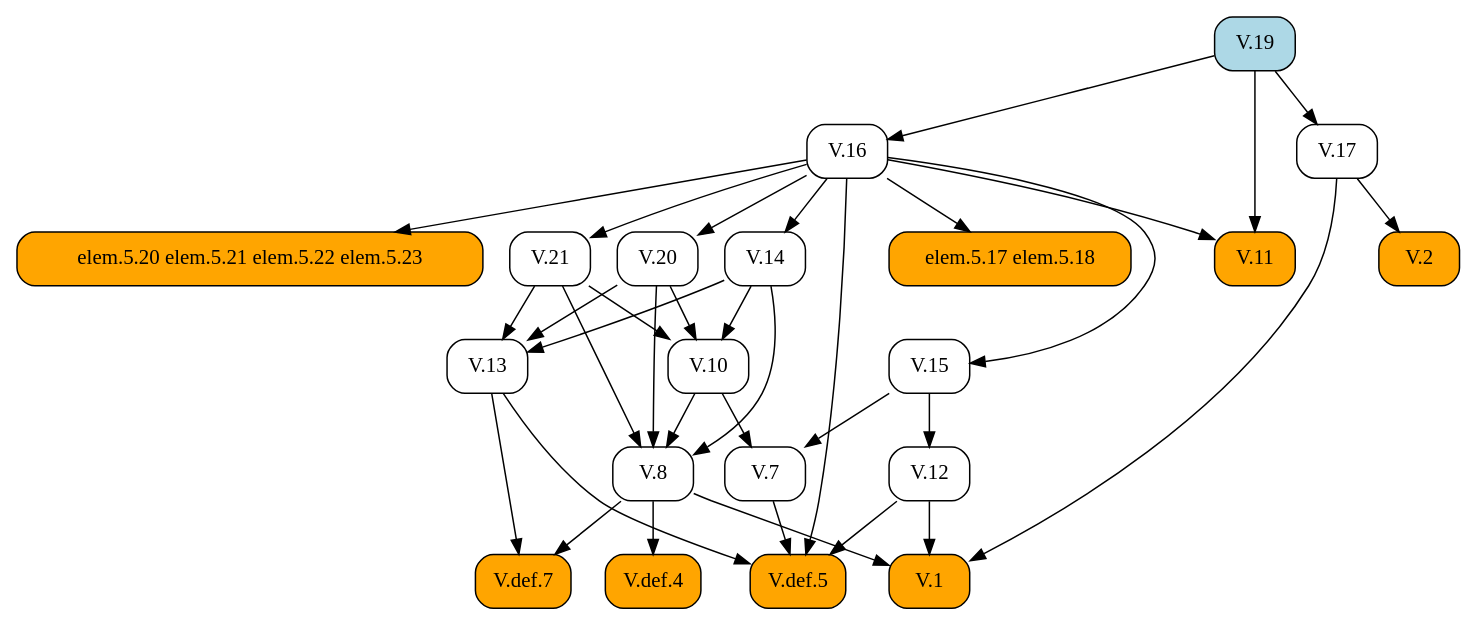
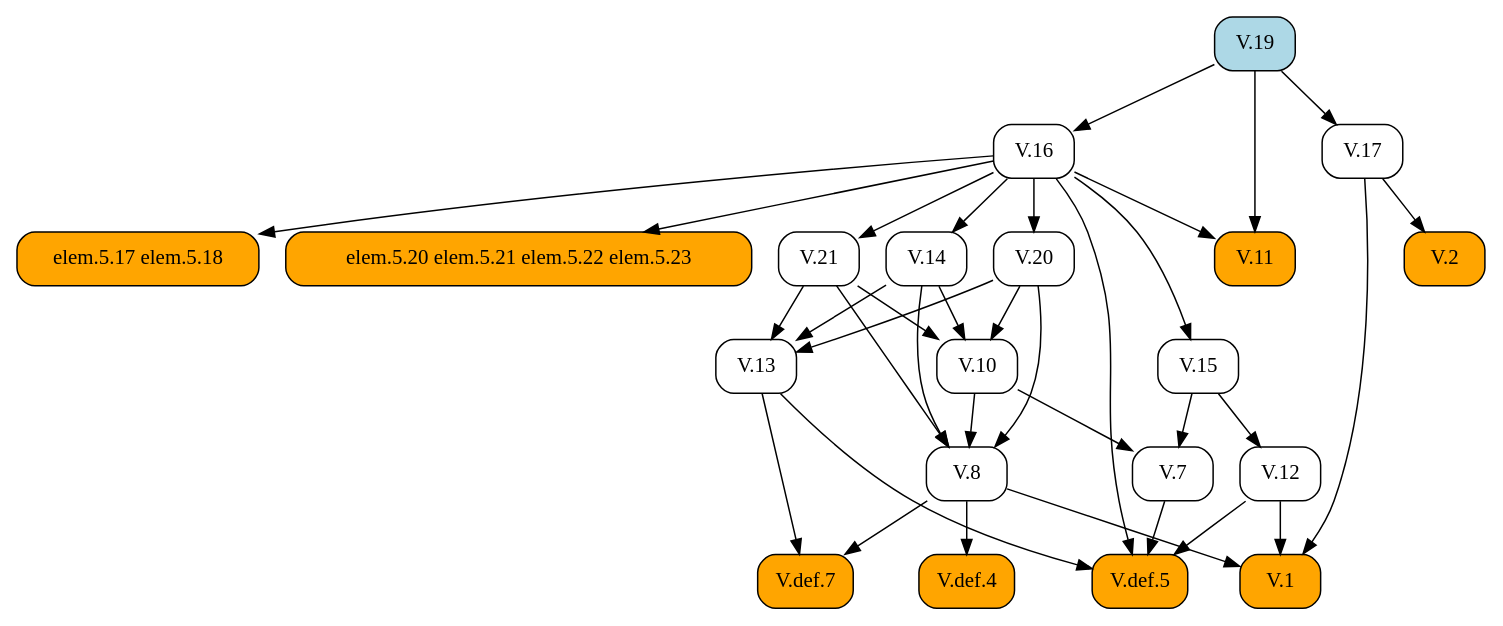
The diagram in docsrc/elements2/V/19/index.rst (geometor/elements), drawn with Graphviz before and after one commit. The commit also changed other lines of this file and 171 other files, not shown here.

```diff
--- a/docsrc/elements2/V/19/index.rst
+++ b/docsrc/elements2/V/19/index.rst
@@ -48,60 +48,60 @@
 .. graphviz::
 
    digraph {
      rankdir="TB";
      node [shape=box, style=rounded];
+     "V.20" [URL="/elements2/V/20/", target="_top"];
+     "V.14" [URL="/elements2/V/14/", target="_top"];
+     "V.10" [URL="/elements2/V/10/", target="_top"];
+     "V.def.5" [style="rounded,filled", fillcolor=orange, URL="/elements2/V/def.5/", target="_top"];
+     "V.def.4" [style="rounded,filled", fillcolor=orange, URL="/elements2/V/def.4/", target="_top"];
+     "V.2" [style="rounded,filled", fillcolor=orange, URL="/elements2/V/2/", target="_top"];
+     "V.7" [URL="/elements2/V/7/", target="_top"];
      "elem.5.17 elem.5.18" [style="rounded,filled", fillcolor=orange];
+     "V.13" [URL="/elements2/V/13/", target="_top"];
+     "V.11" [style="rounded,filled", fillcolor=orange, URL="/elements2/V/11/", target="_top"];
+     "V.1" [style="rounded,filled", fillcolor=orange, URL="/elements2/V/1/", target="_top"];
+     "elem.5.20 elem.5.21 elem.5.22 elem.5.23" [style="rounded,filled", fillcolor=orange];
+     "V.12" [URL="/elements2/V/12/", target="_top"];
+     "V.21" [URL="/elements2/V/21/", target="_top"];
      "V.16" [URL="/elements2/V/16/", target="_top"];
-     "V.1" [style="rounded,filled", fillcolor=orange, URL="/elements2/V/1/", target="_top"];
-     "V.7" [URL="/elements2/V/7/", target="_top"];
-     "V.21" [URL="/elements2/V/21/", target="_top"];
+     "V.19" [style="rounded,filled", fillcolor=lightblue, URL="/elements2/V/19/", target="_top"];
+     "V.15" [URL="/elements2/V/15/", target="_top"];
      "V.8" [URL="/elements2/V/8/", target="_top"];
-     "elem.5.20 elem.5.21 elem.5.22 elem.5.23" [style="rounded,filled", fillcolor=orange];
-     "V.def.5" [style="rounded,filled", fillcolor=orange, URL="/elements2/V/def.5/", target="_top"];
      "V.def.7" [style="rounded,filled", fillcolor=orange, URL="/elements2/V/def.7/", target="_top"];
-     "V.def.4" [style="rounded,filled", fillcolor=orange, URL="/elements2/V/def.4/", target="_top"];
-     "V.11" [style="rounded,filled", fillcolor=orange, URL="/elements2/V/11/", target="_top"];
-     "V.10" [URL="/elements2/V/10/", target="_top"];
      "V.17" [URL="/elements2/V/17/", target="_top"];
-     "V.12" [URL="/elements2/V/12/", target="_top"];
-     "V.2" [style="rounded,filled", fillcolor=orange, URL="/elements2/V/2/", target="_top"];
-     "V.19" [style="rounded,filled", fillcolor=lightblue, URL="/elements2/V/19/", target="_top"];
-     "V.14" [URL="/elements2/V/14/", target="_top"];
-     "V.15" [URL="/elements2/V/15/", target="_top"];
-     "V.13" [URL="/elements2/V/13/", target="_top"];
-     "V.20" [URL="/elements2/V/20/", target="_top"];
+     "V.16" -> "V.20";
+     "V.16" -> "V.14";
+     "V.14" -> "V.10";
+     "V.20" -> "V.10";
+     "V.21" -> "V.10";
+     "V.7" -> "V.def.5";
+     "V.12" -> "V.def.5";
+     "V.13" -> "V.def.5";
+     "V.16" -> "V.def.5";
+     "V.8" -> "V.def.4";
+     "V.17" -> "V.2";
+     "V.10" -> "V.7";
+     "V.15" -> "V.7";
      "V.16" -> "elem.5.17 elem.5.18";
-     "V.19" -> "V.16";
+     "V.14" -> "V.13";
+     "V.20" -> "V.13";
+     "V.21" -> "V.13";
+     "V.16" -> "V.11";
+     "V.19" -> "V.11";
      "V.8" -> "V.1";
      "V.12" -> "V.1";
      "V.17" -> "V.1";
-     "V.10" -> "V.7";
-     "V.15" -> "V.7";
+     "V.16" -> "elem.5.20 elem.5.21 elem.5.22 elem.5.23";
+     "V.15" -> "V.12";
      "V.16" -> "V.21";
+     "V.19" -> "V.16";
+     "V.16" -> "V.15";
      "V.10" -> "V.8";
      "V.14" -> "V.8";
      "V.20" -> "V.8";
      "V.21" -> "V.8";
-     "V.16" -> "elem.5.20 elem.5.21 elem.5.22 elem.5.23";
-     "V.7" -> "V.def.5";
-     "V.12" -> "V.def.5";
-     "V.13" -> "V.def.5";
-     "V.16" -> "V.def.5";
      "V.8" -> "V.def.7";
      "V.13" -> "V.def.7";
-     "V.8" -> "V.def.4";
-     "V.16" -> "V.11";
-     "V.19" -> "V.11";
-     "V.14" -> "V.10";
-     "V.20" -> "V.10";
-     "V.21" -> "V.10";
      "V.19" -> "V.17";
-     "V.15" -> "V.12";
-     "V.17" -> "V.2";
-     "V.16" -> "V.14";
-     "V.16" -> "V.15";
-     "V.14" -> "V.13";
-     "V.20" -> "V.13";
-     "V.21" -> "V.13";
-     "V.16" -> "V.20";
    }
```
